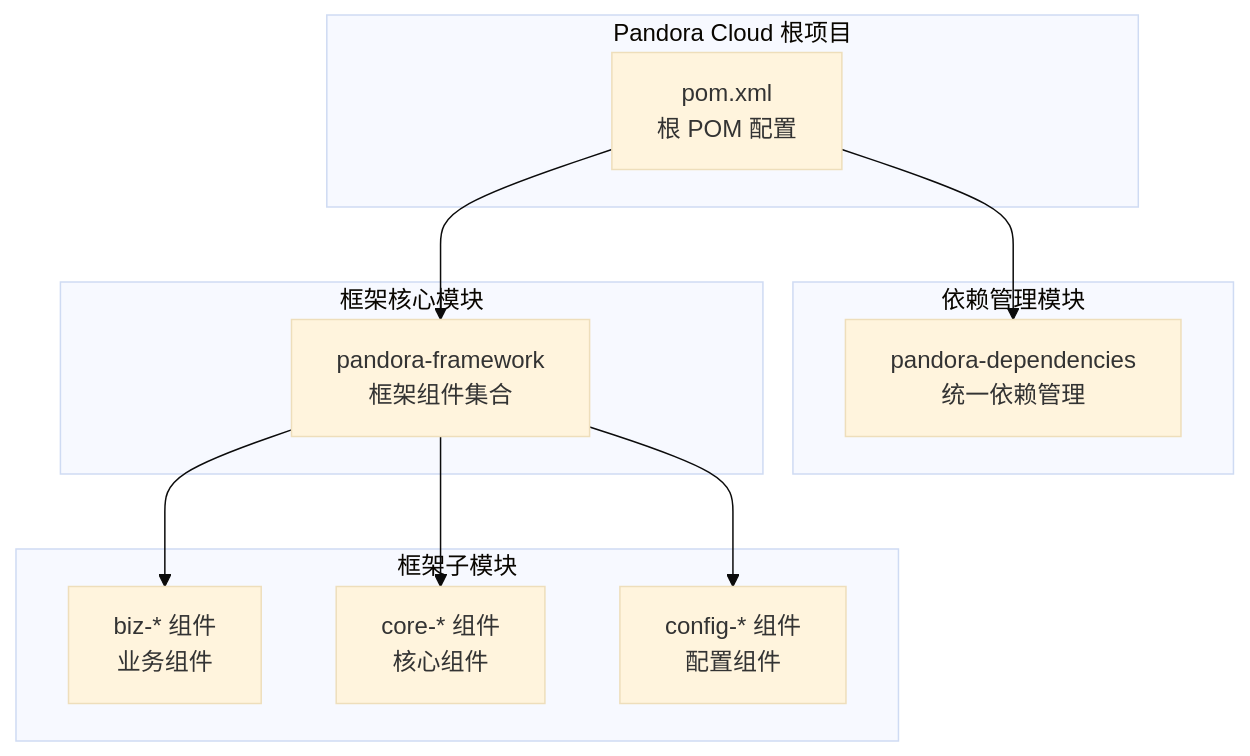
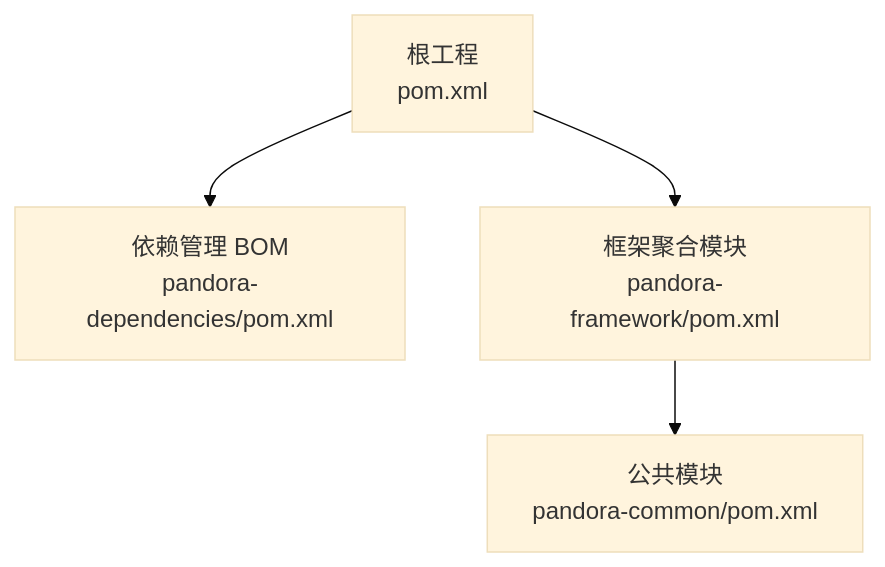
One commit to guanglei93/pandora-cloud changed the first of 6 diagrams in .qoder/repowiki/zh/content/快速开始.md. Above: the diagram before and after it, drawn with Mermaid (base theme). The commit also changed other lines of this file and 51 other files, not shown here.

Commit message:
重新生成 pandora-common 模块文档（qoder），重构文档目录结构

````diff
--- a/.qoder/repowiki/zh/content/快速开始.md
+++ b/.qoder/repowiki/zh/content/快速开始.md
@@ -33,22 +46,6 @@
 ```mermaid
 graph TB
-subgraph "Pandora Cloud 根项目"
-Root[pom.xml<br/>根 POM 配置]
-end
-subgraph "依赖管理模块"
-Deps[pandora-dependencies<br/>统一依赖管理]
-end
-subgraph "框架核心模块"
-Framework[pandora-framework<br/>框架组件集合]
-end
-Root --> Deps
-Root --> Framework
-subgraph "框架子模块"
-Biz[biz-* 组件<br/>业务组件]
-Core[core-* 组件<br/>核心组件]
-Config[config-* 组件<br/>配置组件]
-end
-Framework --> Biz
-Framework --> Core
-Framework --> Config
+Root["根工程<br/>pom.xml"] --> Deps["依赖管理 BOM<br/>pandora-dependencies/pom.xml"]
+Root --> FW["框架聚合模块<br/>pandora-framework/pom.xml"]
+FW --> Common["公共模块<br/>pandora-common/pom.xml"]
 ```
````
